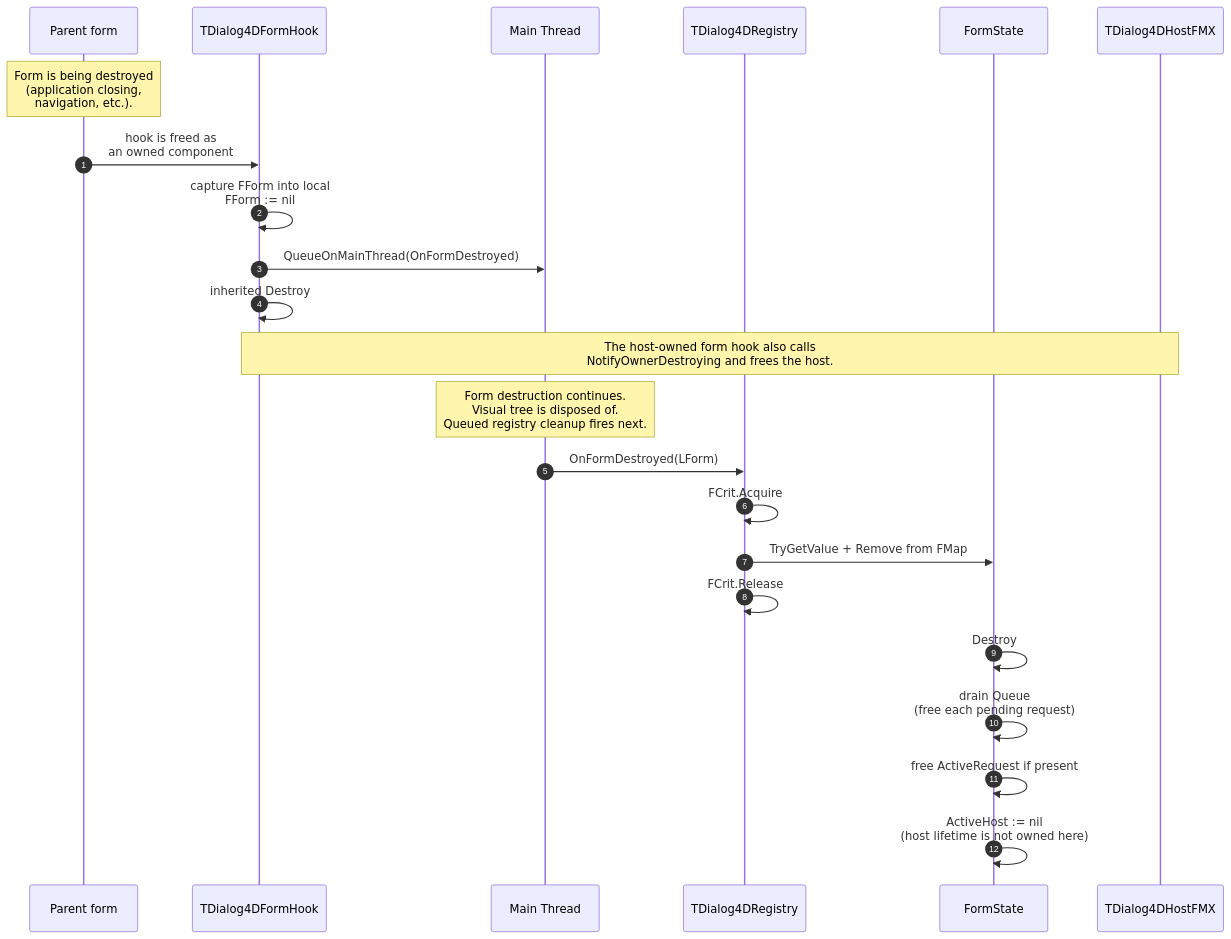
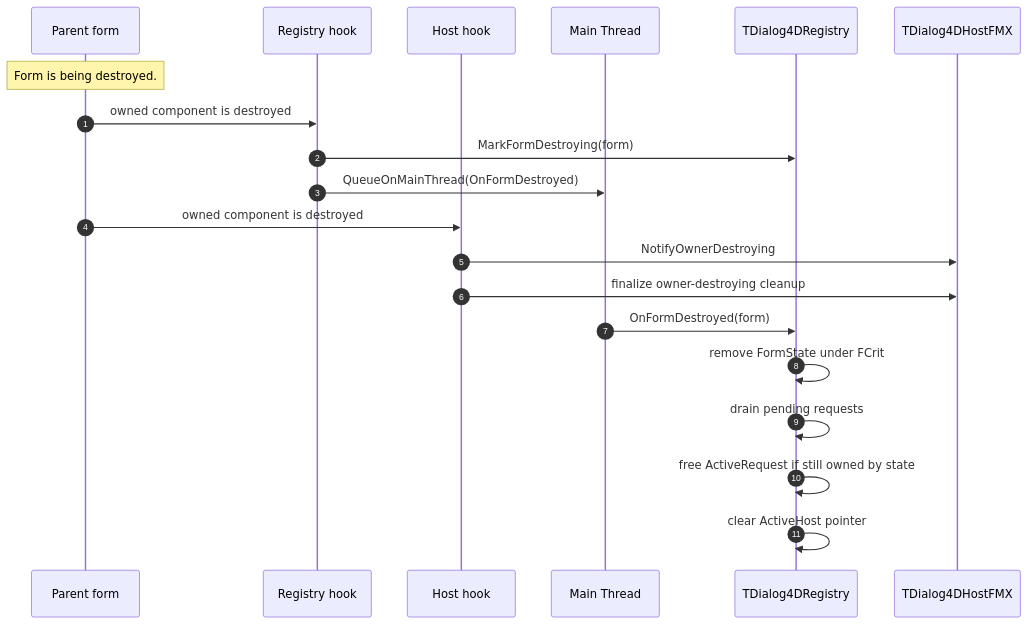
Before and after one commit to eduardoparaujo/Dialog4D: the sixth of 7 diagrams in docs/Architecture.md, drawn with Mermaid. The commit also changed other lines of this file and 23 other files, not shown here.

````diff
--- a/docs/Architecture.md
+++ b/docs/Architecture.md
@@ -444,32 +554,26 @@
 ```mermaid
 sequenceDiagram
     autonumber
     participant Form as Parent form
-    participant Hook as TDialog4DFormHook
+    participant RegHook as Registry hook
+    participant HostHook as Host hook
     participant UI as Main Thread
     participant Registry as TDialog4DRegistry
-    participant State as FormState
     participant Host as TDialog4DHostFMX
 
-    Note over Form: Form is being destroyed<br/>(application closing,<br/>navigation, etc.).
+    Note over Form: Form is being destroyed.
 
-    Form->>Hook: hook is freed as<br/>an owned component
-    Hook->>Hook: capture FForm into local<br/>FForm := nil
+    Form->>RegHook: owned component is destroyed
+    RegHook->>Registry: MarkFormDestroying(form)
+    RegHook->>UI: QueueOnMainThread(OnFormDestroyed)
 
-    Hook->>UI: QueueOnMainThread(OnFormDestroyed)
-    Hook->>Hook: inherited Destroy
+    Form->>HostHook: owned component is destroyed
+    HostHook->>Host: NotifyOwnerDestroying
+    HostHook->>Host: finalize owner-destroying cleanup
 
-    Note over Hook,Host: The host-owned form hook also calls<br/>NotifyOwnerDestroying and frees the host.
-
-    Note over UI: Form destruction continues.<br/>Visual tree is disposed of.<br/>Queued registry cleanup fires next.
-
-    UI->>Registry: OnFormDestroyed(LForm)
-    Registry->>Registry: FCrit.Acquire
-    Registry->>State: TryGetValue + Remove from FMap
-    Registry->>Registry: FCrit.Release
-
-    State->>State: Destroy
-    State->>State: drain Queue<br/>(free each pending request)
-    State->>State: free ActiveRequest if present
-    State->>State: ActiveHost := nil<br/>(host lifetime is not owned here)
+    UI->>Registry: OnFormDestroyed(form)
+    Registry->>Registry: remove FormState under FCrit
+    Registry->>Registry: drain pending requests
+    Registry->>Registry: free ActiveRequest if still owned by state
+    Registry->>Registry: clear ActiveHost pointer
 ```
````
